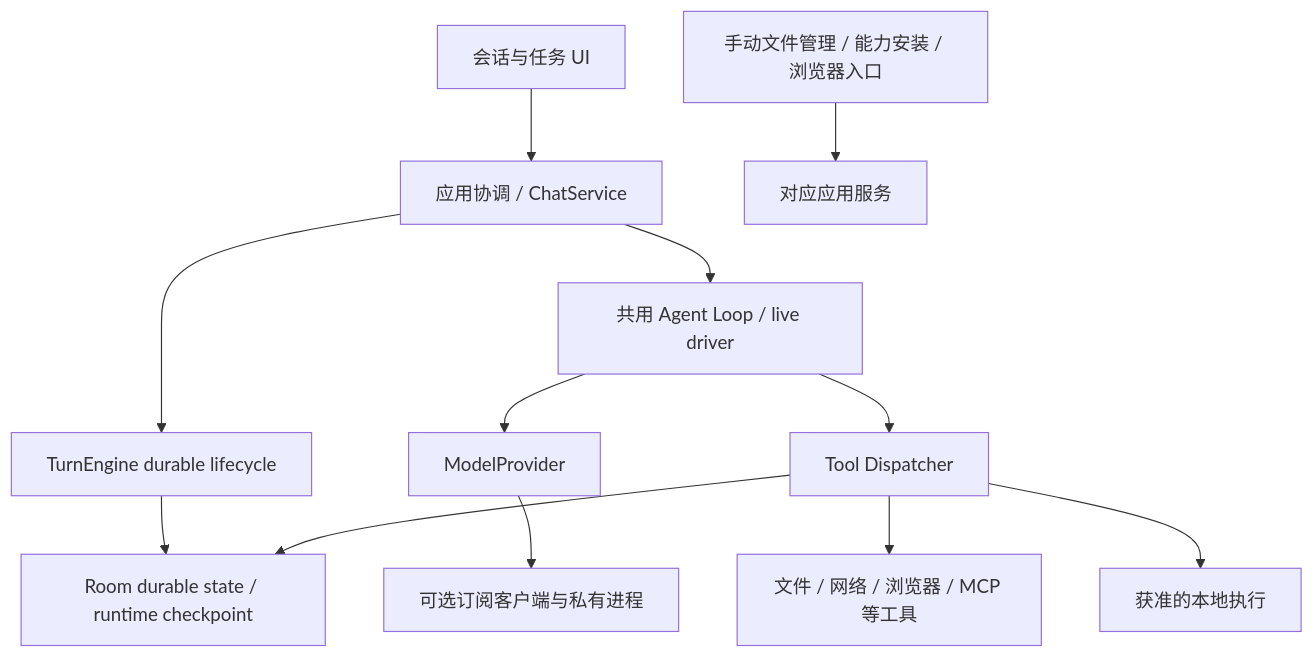
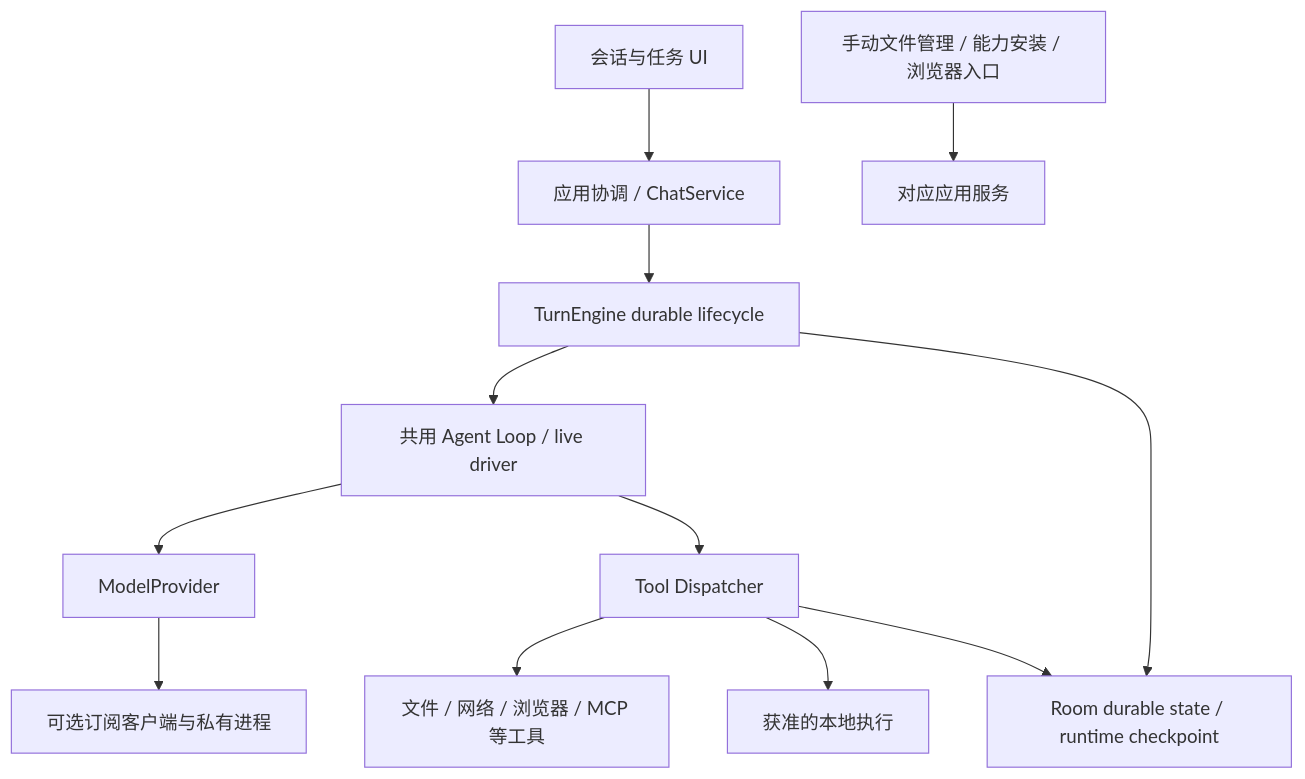
The diagram in docs/architecture/overview.md (dollarser/helix-agent), drawn with Mermaid before and after one commit. The commit also changed other lines of this file and 58 other files, not shown here.

````diff
--- a/docs/architecture/overview.md
+++ b/docs/architecture/overview.md
@@ -16,14 +16,14 @@
 ```mermaid
 flowchart TD
   UI[会话与任务 UI] --> Coordinator[应用协调 / ChatService]
   Coordinator --> Engine[TurnEngine durable lifecycle]
-  Coordinator --> Loop[共用 Agent Loop / live driver]
+  Engine --> Loop[共用 Agent Loop / live driver]
   Engine --> State[Room durable state / runtime checkpoint]
   Loop --> Provider[ModelProvider]
   Loop --> Dispatcher[Tool Dispatcher]
   Dispatcher --> Tools[文件 / 网络 / 浏览器 / MCP 等工具]
   Dispatcher --> Runtime[获准的本地执行]
   Manual[手动文件管理 / 能力安装 / 浏览器入口] --> Services[对应应用服务]
   Dispatcher --> State
   Provider --> Subscription[可选订阅客户端与私有进程]
 ```
````
